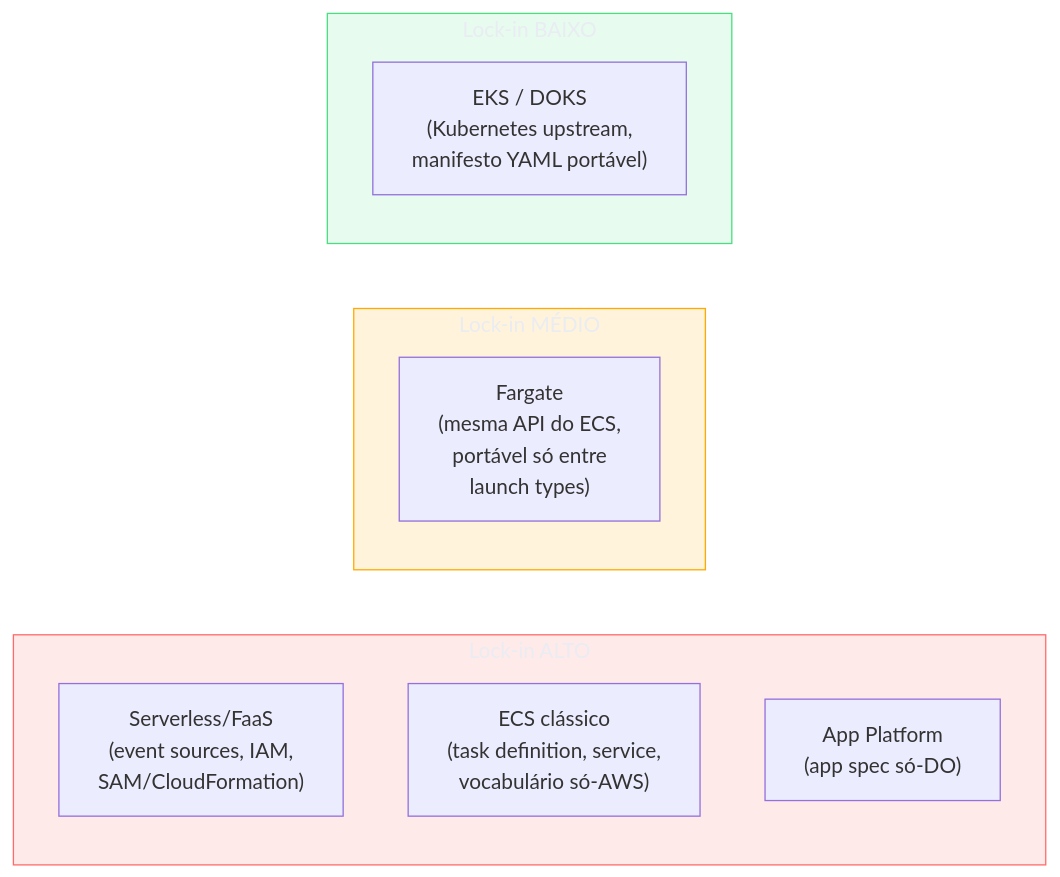
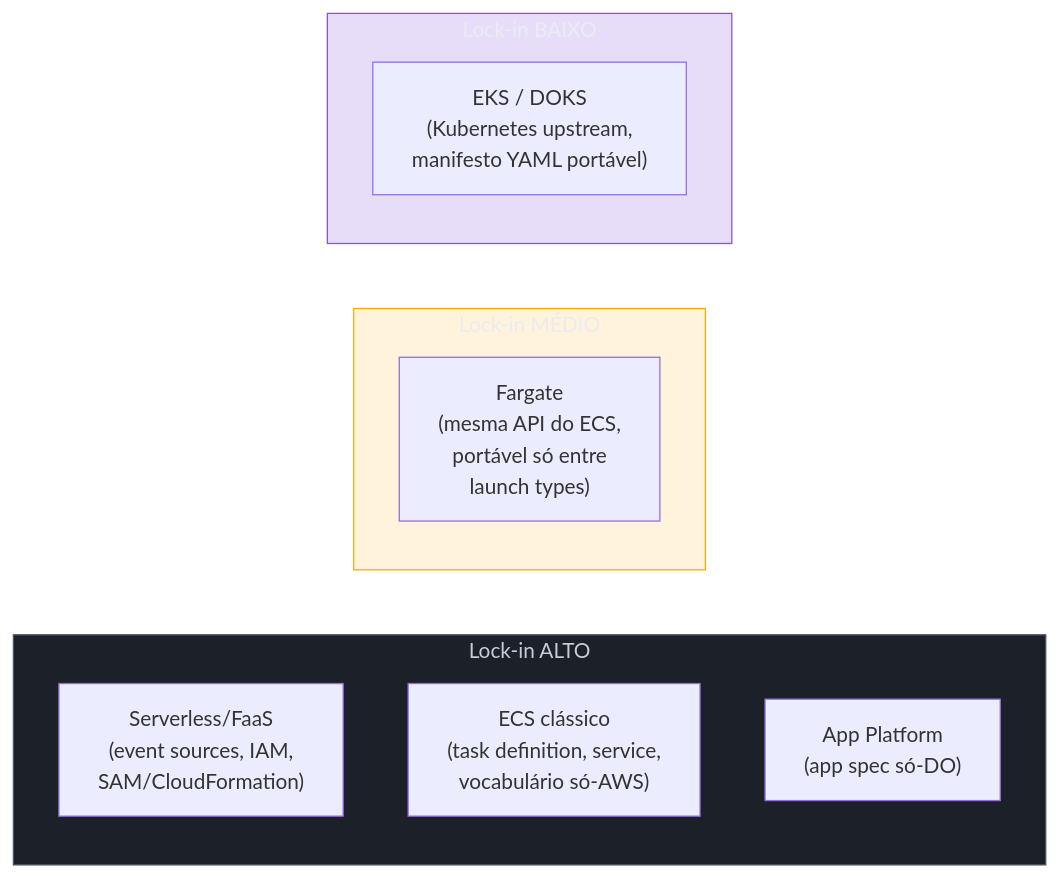
Before and after one commit to josenaldo/codex-technomanticus: the third of 3 diagrams in 03-Dominios/Tecnologia/Cloud/12 - Containers gerenciados/06 - Container vs VM vs serverless (capstone).md, drawn with Mermaid. The commit also changed other lines of this file and 601 other files, not shown here.

````diff
--- a/03-Dominios/Tecnologia/Cloud/12 - Containers gerenciados/06 - Container vs VM vs serverless (capstone).md
+++ b/03-Dominios/Tecnologia/Cloud/12 - Containers gerenciados/06 - Container vs VM vs serverless (capstone).md
@@ -149,26 +149,26 @@
 ```mermaid
 flowchart LR
-    classDef falha fill:#FF6B6B24,stroke:#FF6B6B,color:#E9ECF2
+    classDef marca fill:#8855DF33,stroke:#8855DF,color:#E9ECF2
+    classDef neutro fill:#1B2029,stroke:#4E5666,color:#C6CCD8
     classDef destaque fill:#FFAA0024,stroke:#FFAA00,color:#E9ECF2
-    classDef ok fill:#4ADE8021,stroke:#4ADE80,color:#E9ECF2
     subgraph Alto["Lock-in ALTO"]
         direction TB
         L1["Serverless/FaaS<br/>(event sources, IAM,<br/>SAM/CloudFormation)"]
         L2["ECS clássico<br/>(task definition, service,<br/>vocabulário só-AWS)"]
         L3["App Platform<br/>(app spec só-DO)"]
     end
 
     subgraph Medio["Lock-in MÉDIO"]
         direction TB
         M1["Fargate<br/>(mesma API do ECS,<br/>portável só entre<br/>launch types)"]
     end
 
     subgraph Baixo["Lock-in BAIXO"]
         direction TB
         B1["EKS / DOKS<br/>(Kubernetes upstream,<br/>manifesto YAML portável)"]
     end
 
-    class Alto falha
+    class Alto neutro
     class Medio destaque
-    class Baixo ok
+    class Baixo marca
 ```
````
